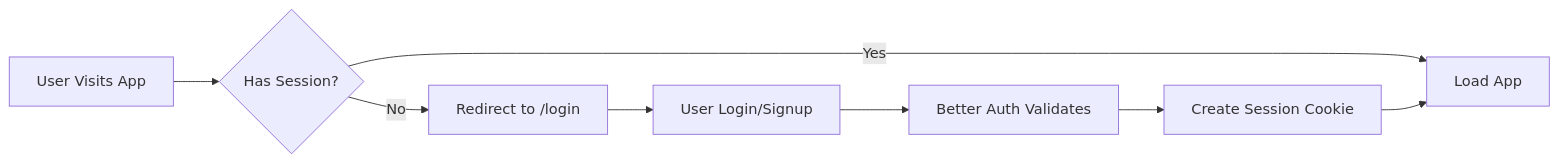
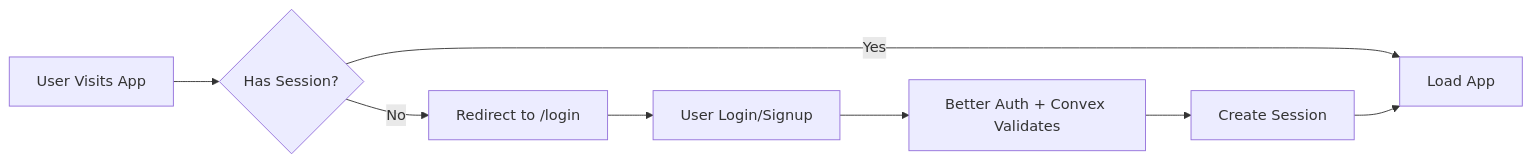
One commit to StillScripts/cursor-agents-manager changed the diagram in README.md. Above: the diagram before and after it, drawn with Mermaid. The commit also changed other lines of this file and 1 other file, not shown here.

Commit message:
Include convex in docs

````diff
--- a/README.md
+++ b/README.md
@@ -216,10 +172,10 @@
 ```mermaid
 graph LR
     A[User Visits App] --> B{Has Session?}
     B -->|No| C[Redirect to /login]
     B -->|Yes| D[Load App]
     C --> E[User Login/Signup]
-    E --> F[Better Auth Validates]
-    F --> G[Create Session Cookie]
+    E --> F[Better Auth + Convex Validates]
+    F --> G[Create Session]
     G --> D
 ```
````
